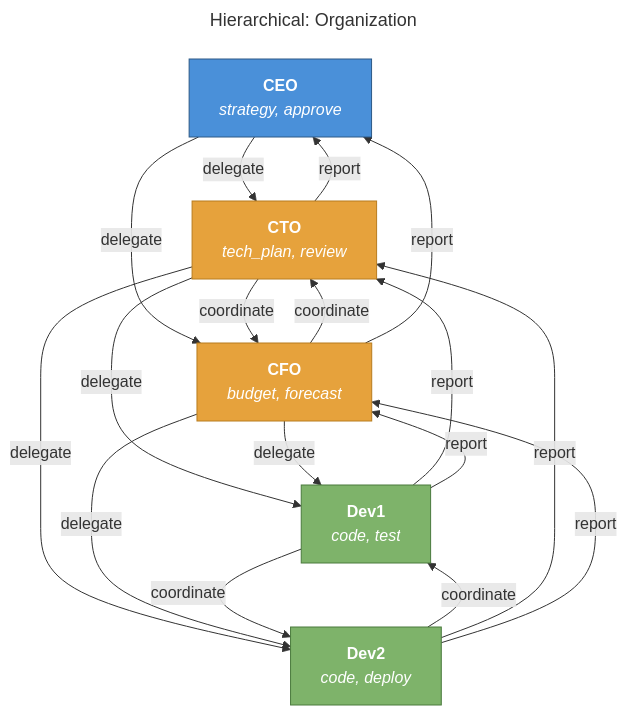
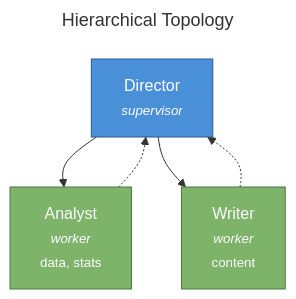
One commit to milad-o/agenticflow changed the diagram in examples/diagrams/4_hierarchical.mmd. Above: the diagram before and after it, drawn with Mermaid. The commit also changed 9 other files, not shown here.

First line of the commit message:
Standardize Mermaid visualization with consistent node format

```diff
--- a/examples/diagrams/4_hierarchical.mmd
+++ b/examples/diagrams/4_hierarchical.mmd
@@ -1,47 +1,19 @@
 ---
-title: "Hierarchical: Organization"
+title: Hierarchical Topology
 config:
   theme: default
-  flowchart:
-    curve: basis
-    nodeSpacing: 40
-    rankSpacing: 40
 ---
 flowchart TB
-    CEO["`**CEO**
-_strategy, approve_`"]:::orch
-    CTO["`**CTO**
-_tech_plan, review_`"]:::plan
-    CFO["`**CFO**
-_budget, forecast_`"]:::plan
-    Dev1["`**Dev1**
-_code, test_`"]:::work
-    Dev2["`**Dev2**
-_code, deploy_`"]:::work
+    Director["Director<br/><small><i>supervisor</i></small>"]:::super
+    Analyst["Analyst<br/><small><i>worker</i></small><br/><small>data, stats</small>"]:::work
+    Writer["Writer<br/><small><i>worker</i></small><br/><small>content</small>"]:::work
 
-    CEO --> |delegate|CTO
-    CEO --> |delegate|CFO
-    CTO --> |coordinate|CFO
-    CTO --> |delegate|Dev1
-    CTO --> |delegate|Dev2
-    CTO --> |report|CEO
-    CFO --> |coordinate|CTO
-    CFO --> |delegate|Dev1
-    CFO --> |delegate|Dev2
-    CFO --> |report|CEO
-    Dev1 --> |coordinate|Dev2
-    Dev1 --> |report|CTO
-    Dev1 --> |report|CFO
-    Dev2 --> |coordinate|Dev1
-    Dev2 --> |report|CTO
-    Dev2 --> |report|CFO
+    Director --> Analyst
+    Director --> Writer
+    Analyst -.-> Director
+    Writer -.-> Director
 
-    classDef orch fill:#4a90d9,stroke:#2d5986,color:#fff
+    classDef super fill:#4a90d9,stroke:#2d5986,color:#fff
     classDef work fill:#7eb36a,stroke:#4a7a3d,color:#fff
-    classDef plan fill:#e6a23c,stroke:#b87c1e,color:#fff
-    classDef crit fill:#f56c6c,stroke:#c45656,color:#fff
-    classDef spec fill:#9b59b6,stroke:#7b3a96,color:#fff
-    classDef res fill:#3498db,stroke:#2475ad,color:#fff
-    classDef val fill:#1abc9c,stroke:#16a085,color:#fff
-    classDef asst fill:#95a5a6,stroke:#7f8c8d,color:#fff
-    classDef tool fill:#f5f5f5,stroke:#999,color:#333
+    classDef auto fill:#9b59b6,stroke:#7b3a96,color:#fff
+    classDef review fill:#f56c6c,stroke:#c45656,color:#fff
```
